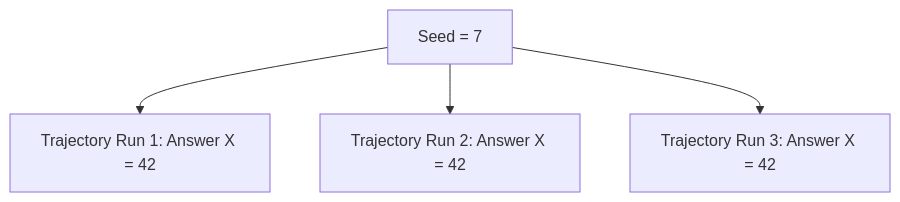
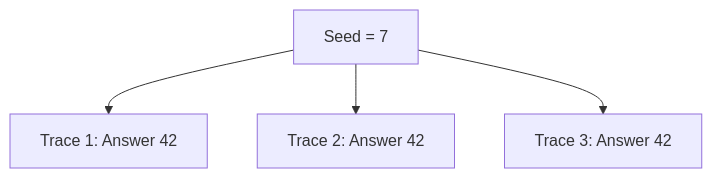
The ninth of 10 diagrams in ThesisDocs/July_16_Progress.md (bhattadiCS/research-thesis-overthinking-boundary), drawn with Mermaid before and after one commit. The commit also changed other lines of this file and 2 other files, not shown here.

````diff
--- a/ThesisDocs/July_16_Progress.md
+++ b/ThesisDocs/July_16_Progress.md
@@ -229,6 +129,4 @@
   ```mermaid
   graph TD
-      Seed[Seed = 7] --> Run1[Trajectory Run 1: Answer X = 42]
-      Seed --> Run2[Trajectory Run 2: Answer X = 42]
-      Seed --> Run3[Trajectory Run 3: Answer X = 42]
+      Seed[Seed = 7] --> Run1[Trace 1: Answer 42] & Run2[Trace 2: Answer 42] & Run3[Trace 3: Answer 42]
   ```
````
